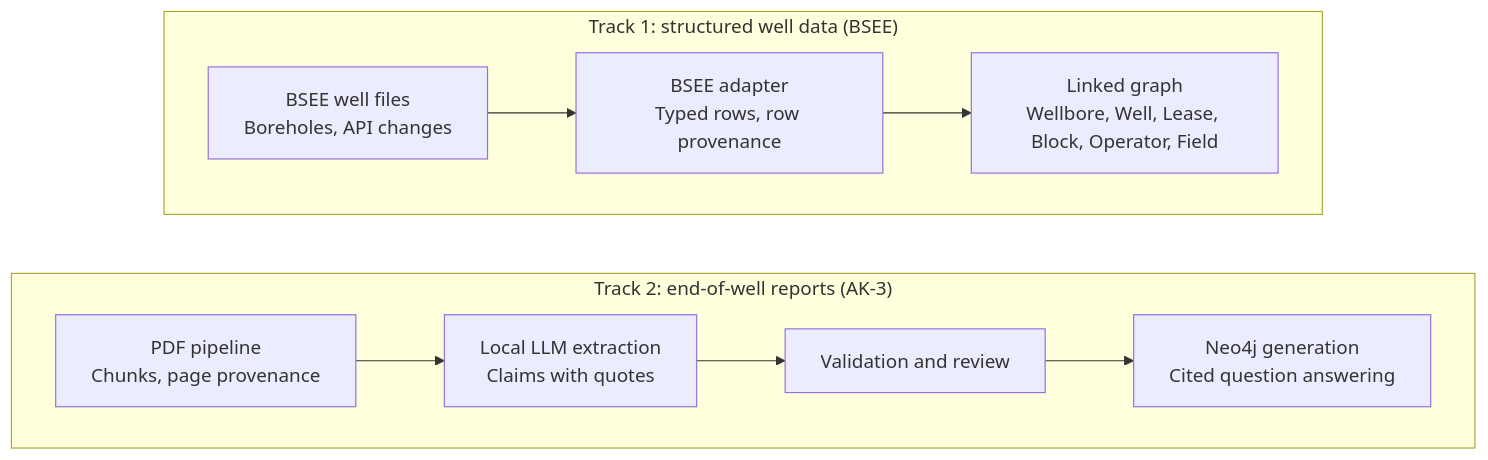
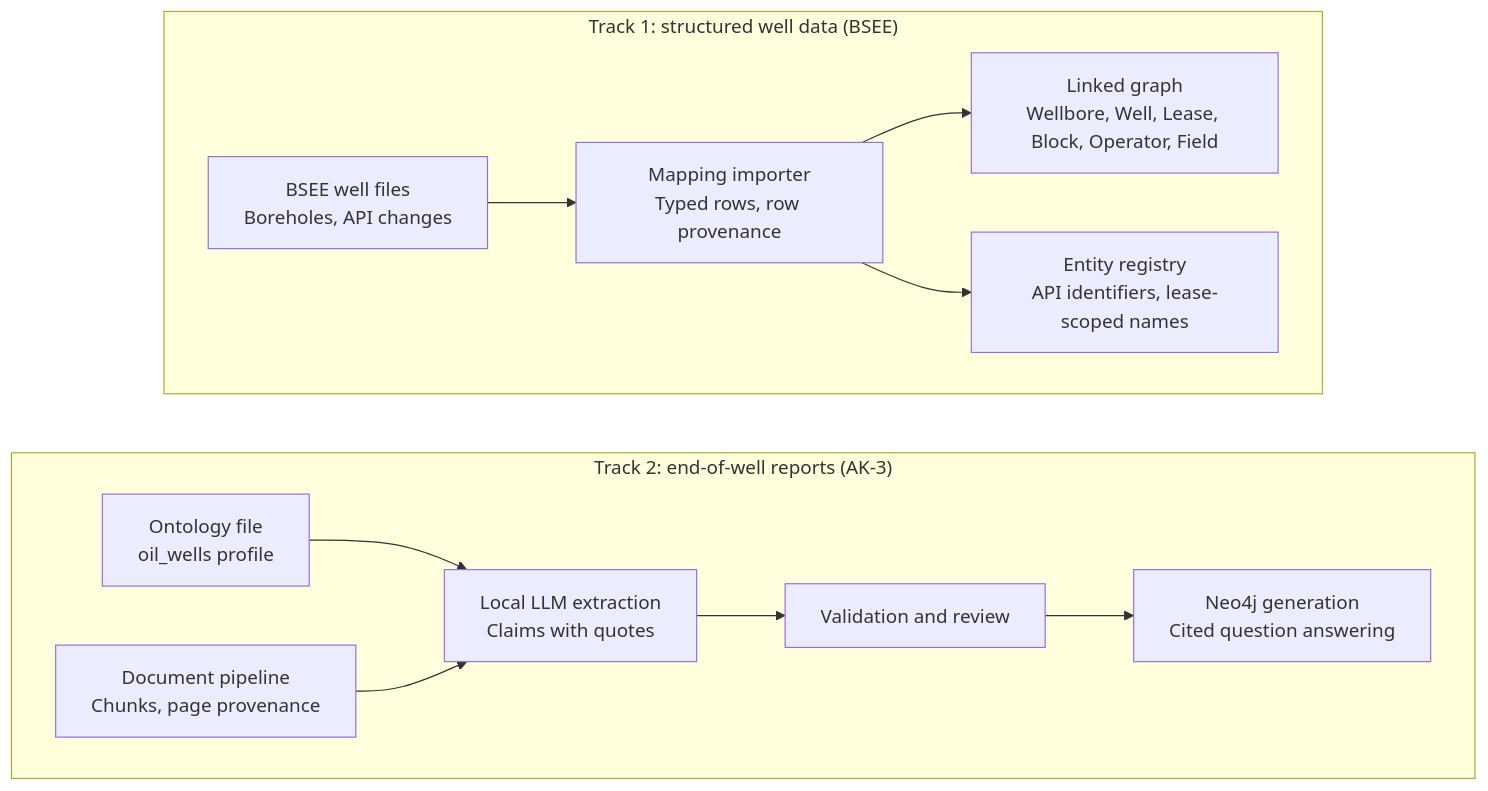
The diagram in docs/DATA_SOURCES.md (thaitri2005/Secure-O-G-LLM-and-Knowledge-Graph), drawn with Mermaid before and after one commit. The commit also changed other lines of this file and 13 other files, not shown here.

First line of the commit message:
Bring all docs, diagrams and the report up to date with E10-E13

````diff
--- a/docs/DATA_SOURCES.md
+++ b/docs/DATA_SOURCES.md
@@ -21,15 +21,17 @@
 ```mermaid
 flowchart TB
     subgraph T1["Track 1: structured well data (BSEE)"]
         direction LR
-        B1["BSEE well files<br/>Boreholes, API changes"] --> B2["BSEE adapter<br/>Typed rows, row provenance"]
+        B1["BSEE well files<br/>Boreholes, API changes"] --> B2["Mapping importer<br/>Typed rows, row provenance"]
         B2 --> B3["Linked graph<br/>Wellbore, Well, Lease, Block, Operator, Field"]
+        B2 --> B4["Entity registry<br/>API identifiers, lease-scoped names"]
     end
     subgraph T2["Track 2: end-of-well reports (AK-3)"]
         direction LR
-        R1["PDF pipeline<br/>Chunks, page provenance"] --> R2["Local LLM extraction<br/>Claims with quotes"]
+        R0["Ontology file<br/>oil_wells profile"] --> R2
+        R1["Document pipeline<br/>Chunks, page provenance"] --> R2["Local LLM extraction<br/>Claims with quotes"]
         R2 --> R3["Validation and review"]
         R3 --> R4["Neo4j generation<br/>Cited question answering"]
     end
     T1 ~~~ T2
 ```
````
